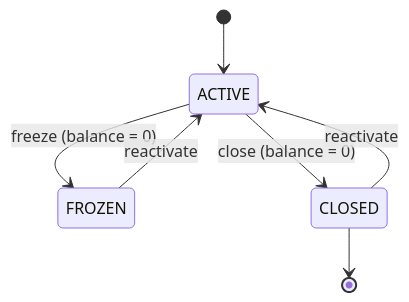
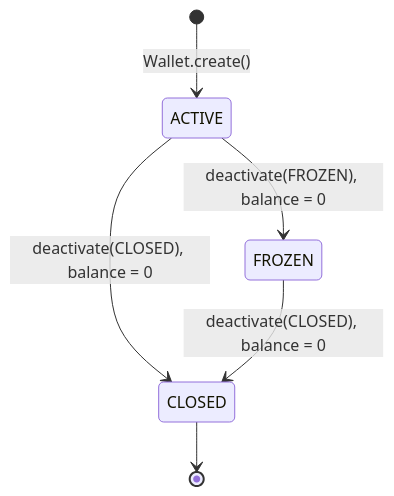
Before and after one commit to AlexAlvarezGallardo-GitHub/Aegis: the diagram in docs/obsidian/02 - Domain Models/WalletStatus.md, drawn with Mermaid. The commit also changed other lines of this file and 87 other files, not shown here.

````diff
--- a/docs/obsidian/02 - Domain Models/WalletStatus.md
+++ b/docs/obsidian/02 - Domain Models/WalletStatus.md
@@ -23,9 +23,8 @@
 ```mermaid
 stateDiagram-v2
-    [*] --> ACTIVE
-    ACTIVE --> FROZEN: freeze (balance = 0)
-    ACTIVE --> CLOSED: close (balance = 0)
-    FROZEN --> ACTIVE: reactivate
-    CLOSED --> ACTIVE: reactivate
+    [*] --> ACTIVE: Wallet.create()
+    ACTIVE --> FROZEN: deactivate(FROZEN), balance = 0
+    ACTIVE --> CLOSED: deactivate(CLOSED), balance = 0
+    FROZEN --> CLOSED: deactivate(CLOSED), balance = 0
     CLOSED --> [*]
 ```
````
